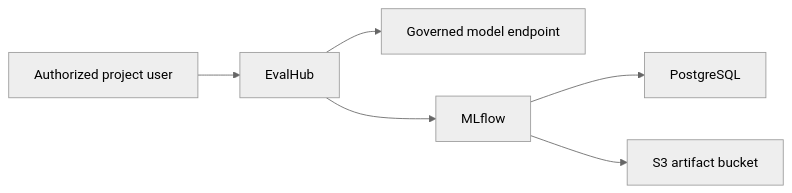
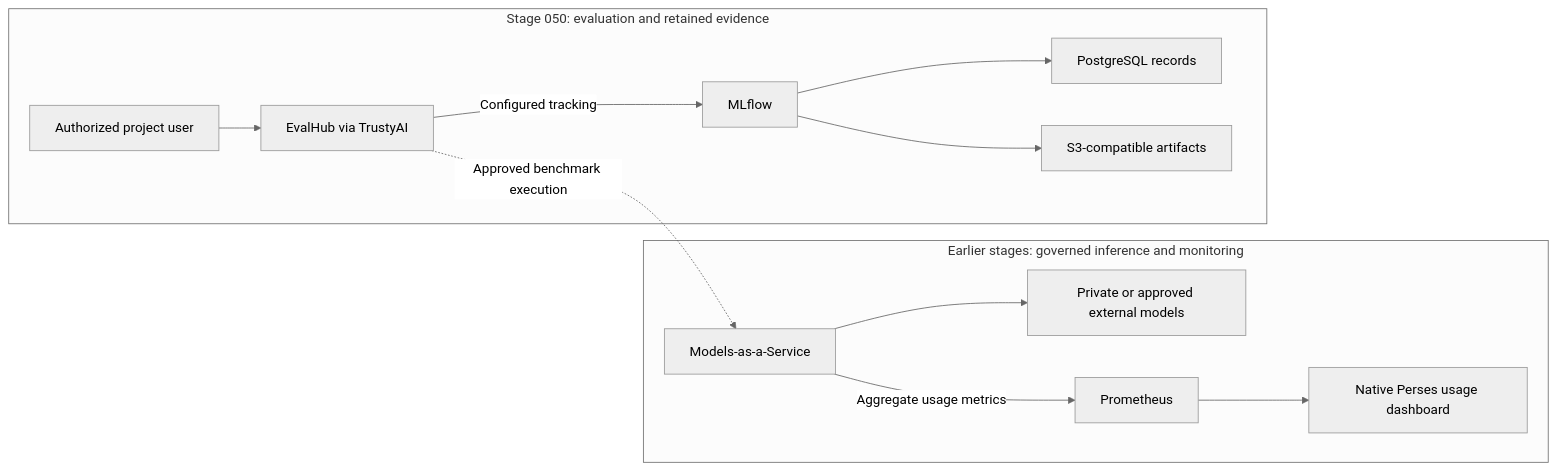
One commit to adnan-drina/rhoai3-coding-demo changed the diagram in stages/050-model-evaluation/README.md. Above: the diagram before and after it, drawn with Mermaid (neutral theme). The commit also changed other lines of this file, not shown here.

Commit message:
docs: explain model evaluation and observability stage

````diff
--- a/stages/050-model-evaluation/README.md
+++ b/stages/050-model-evaluation/README.md
@@ -9,8 +11,15 @@
 ```mermaid
 flowchart LR
-    User[Authorized project user] --> Eval[EvalHub]
-    Eval --> Model[Governed model endpoint]
-    Eval --> Tracking[MLflow]
-    Tracking --> DB[PostgreSQL]
-    Tracking --> S3[S3 artifact bucket]
+    subgraph Existing["Earlier stages: governed inference and monitoring"]
+        MaaS[Models-as-a-Service] --> Models[Private or approved external models]
+        MaaS -->|Aggregate usage metrics| Metrics[Prometheus]
+        Metrics --> Usage[Native Perses usage dashboard]
+    end
+    subgraph Evaluation["Stage 050: evaluation and retained evidence"]
+        User[Authorized project user] --> Eval[EvalHub via TrustyAI]
+        Eval -->|Configured tracking| MLflow[MLflow]
+        MLflow --> DB[PostgreSQL records]
+        MLflow --> Artifacts[S3-compatible artifacts]
+    end
+    Eval -. Approved benchmark execution .-> MaaS
 ```
````
